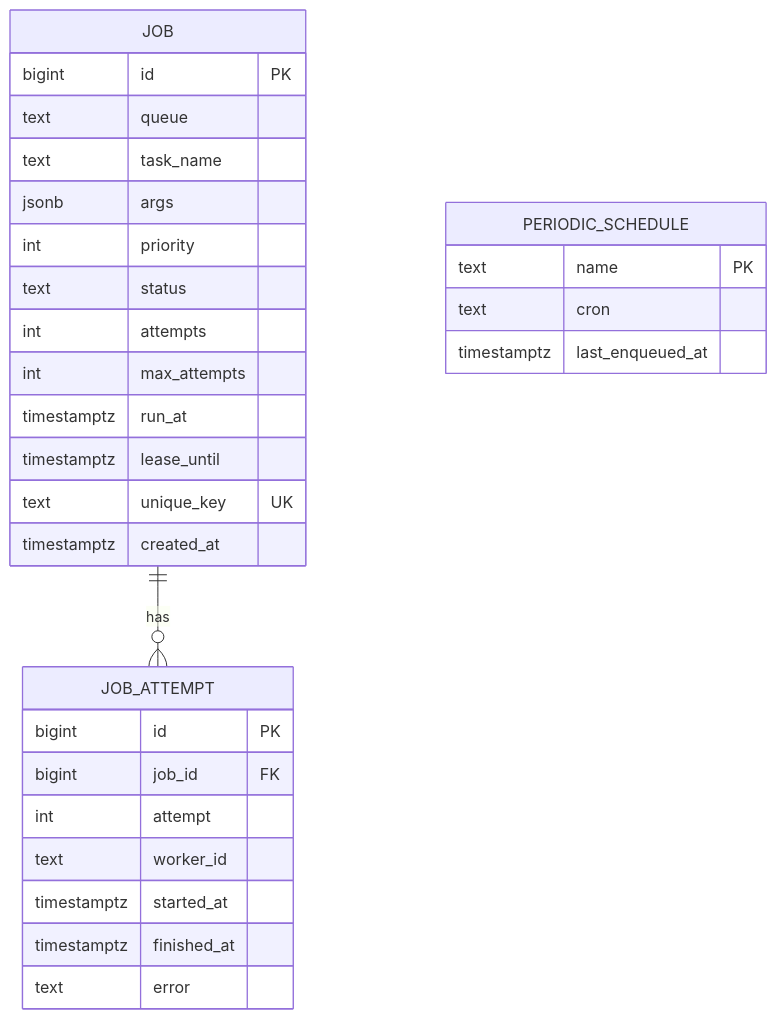
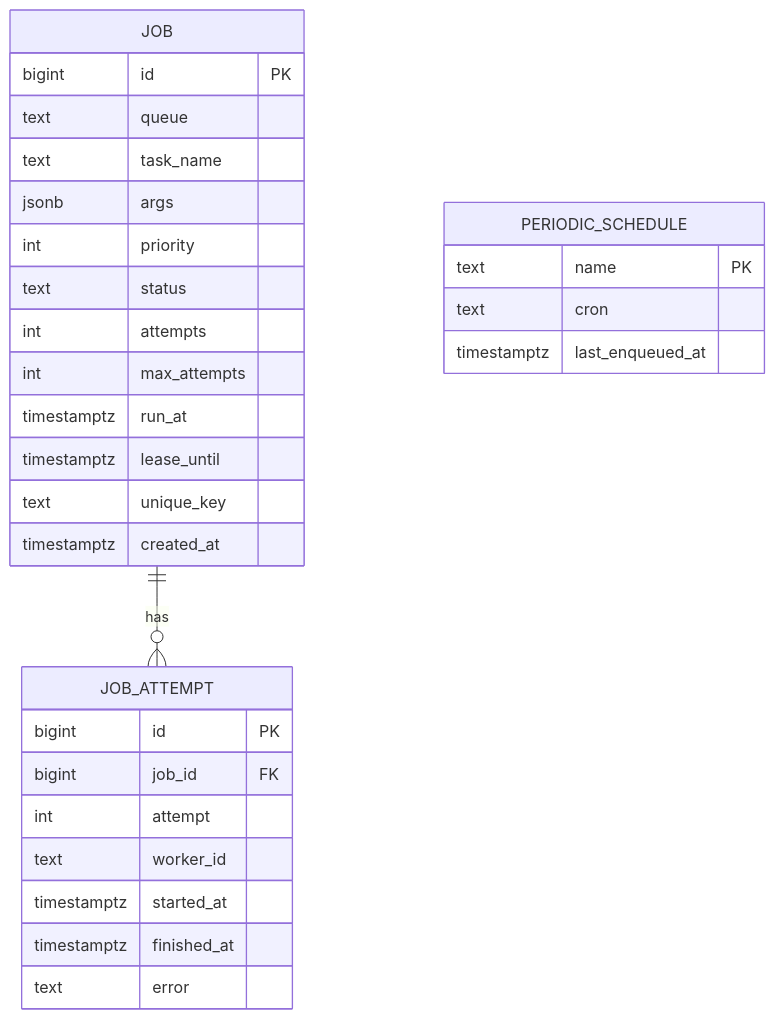
Before and after one commit to vsns11/interview_notes: diagram 34 of 51 in python/capstones/CAPSTONES.md, drawn with Mermaid. The commit also changed other lines of this file and 1 other file, not shown here.

````diff
--- a/python/capstones/CAPSTONES.md
+++ b/python/capstones/CAPSTONES.md
@@ -2786,32 +2787,32 @@
 ```mermaid
 erDiagram
     JOB ||--o{ JOB_ATTEMPT : has
     JOB {
         bigint id PK
         text queue
         text task_name
         jsonb args
         int priority
         text status
         int attempts
         int max_attempts
         timestamptz run_at
         timestamptz lease_until
-        text unique_key UK
+        text unique_key
         timestamptz created_at
     }
     JOB_ATTEMPT {
         bigint id PK
         bigint job_id FK
         int attempt
         text worker_id
         timestamptz started_at
         timestamptz finished_at
         text error
     }
     PERIODIC_SCHEDULE {
         text name PK
         text cron
         timestamptz last_enqueued_at
     }
 ```
````
